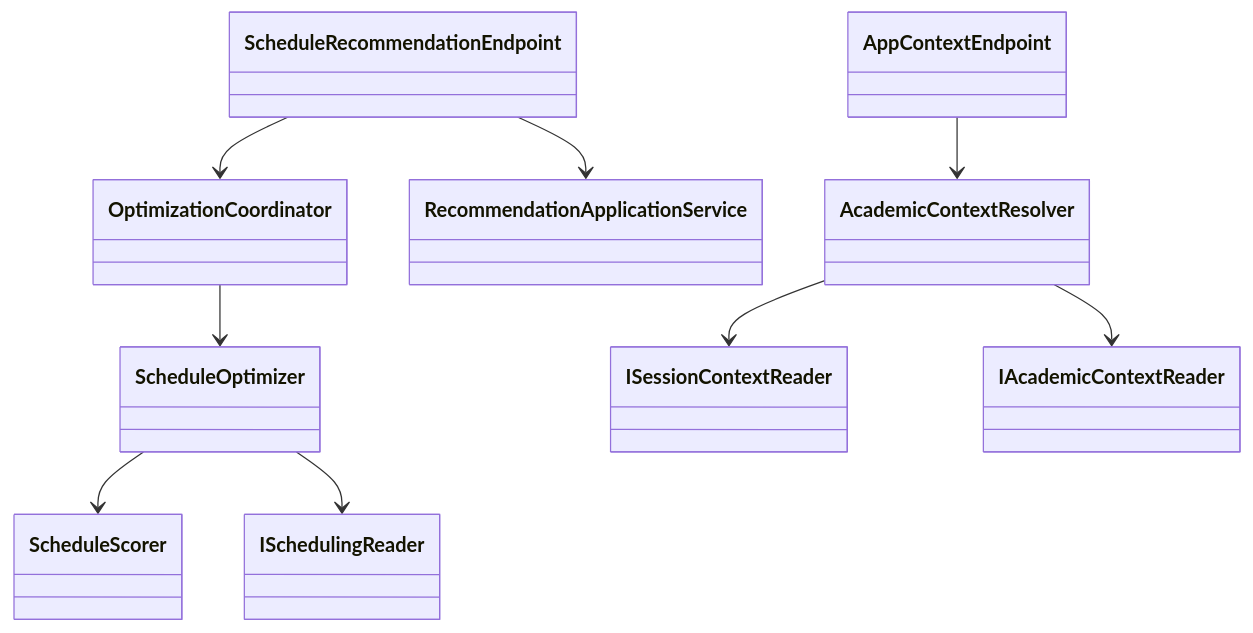
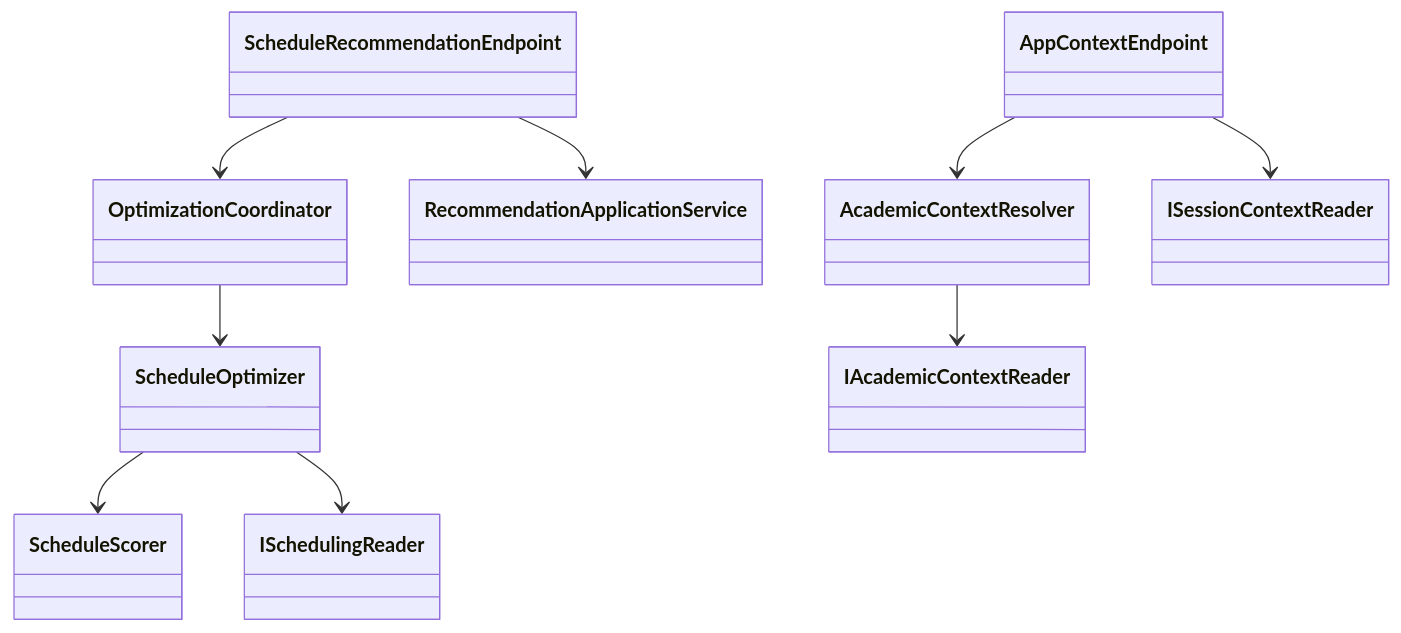
Before and after one commit to ahmedelbamby-aast/Student-Registeration-System: the second of 5 diagrams in docs/diagrams/CLASS_DIAGRAM.md, drawn with Mermaid. The commit also changed other lines of this file and 85 other files, not shown here.

Commit message:
Refactor student registration flows and update related UI

````diff
--- a/docs/diagrams/CLASS_DIAGRAM.md
+++ b/docs/diagrams/CLASS_DIAGRAM.md
@@ -38,22 +38,22 @@
 ```mermaid
 classDiagram
   class ScheduleRecommendationEndpoint
   class OptimizationCoordinator
   class ScheduleOptimizer
   class ScheduleScorer
   class ISchedulingReader
   class RecommendationApplicationService
   class AppContextEndpoint
   class AcademicContextResolver
   class ISessionContextReader
   class IAcademicContextReader
 
   ScheduleRecommendationEndpoint --> OptimizationCoordinator
   OptimizationCoordinator --> ScheduleOptimizer
   ScheduleOptimizer --> ScheduleScorer
   ScheduleOptimizer --> ISchedulingReader
   ScheduleRecommendationEndpoint --> RecommendationApplicationService
   AppContextEndpoint --> AcademicContextResolver
-  AcademicContextResolver --> ISessionContextReader
+  AppContextEndpoint --> ISessionContextReader
   AcademicContextResolver --> IAcademicContextReader
 ```
````
